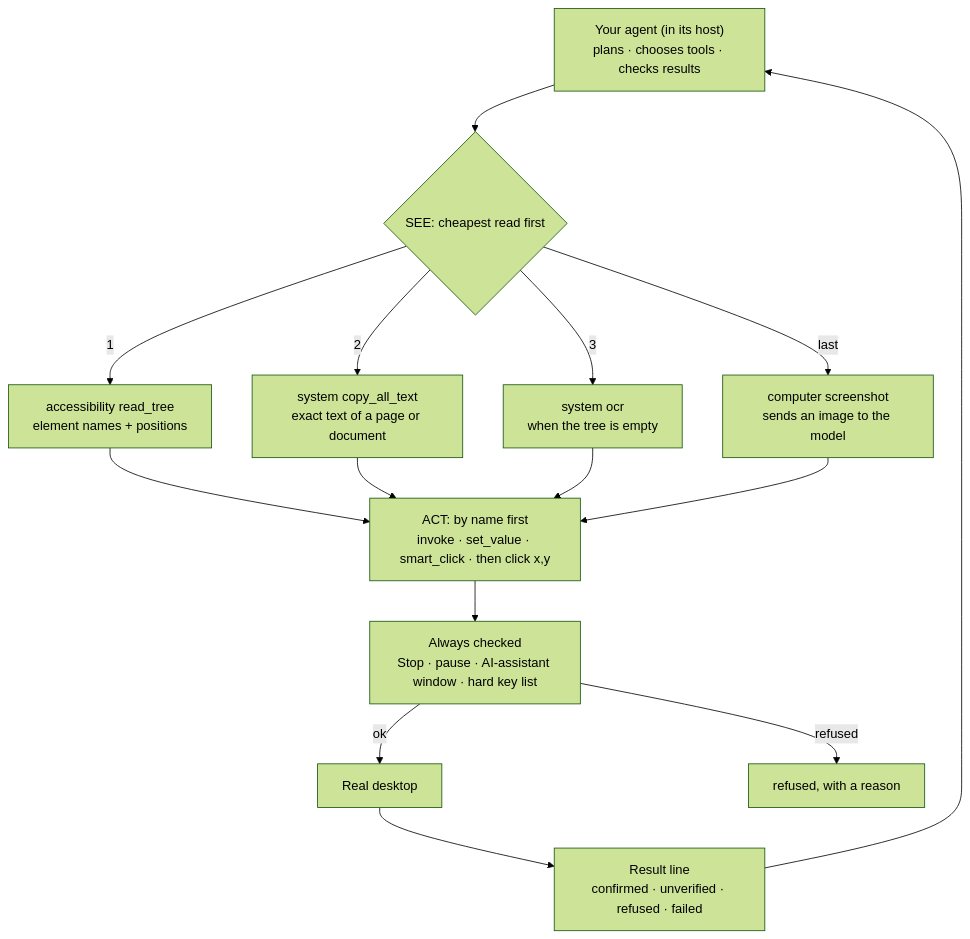
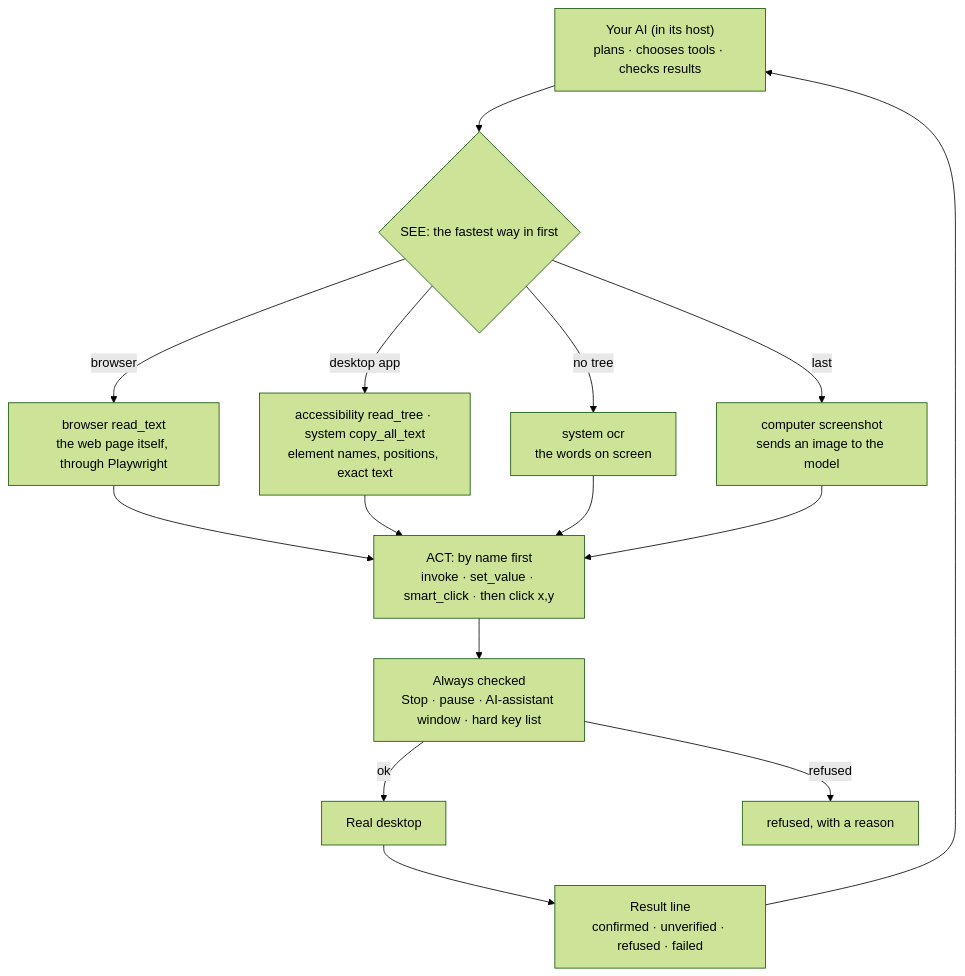
The diagram in README.md (AmrDab/clawdcursor), drawn with Mermaid (forest theme) before and after one commit. The commit also changed other lines of this file and 2 other files, not shown here.

````diff
--- a/README.md
+++ b/README.md
@@ -217,21 +69,21 @@
 ```mermaid
 flowchart TB
-    agent["Your agent (in its host)<br/>plans · chooses tools · checks results"] --> see{"SEE: cheapest read first"}
+    agent["Your AI (in its host)<br/>plans · chooses tools · checks results"] --> see{"SEE: the fastest way in first"}
 
-    see -- "1" --> tree["accessibility read_tree<br/>element names + positions"]
-    see -- "2" --> text["system copy_all_text<br/>exact text of a page or document"]
-    see -- "3" --> ocr["system ocr<br/>when the tree is empty"]
+    see -- "browser" --> page["browser read_text<br/>the web page itself, through Playwright"]
+    see -- "desktop app" --> tree["accessibility read_tree · system copy_all_text<br/>element names, positions, exact text"]
+    see -- "no tree" --> ocr["system ocr<br/>the words on screen"]
     see -- "last" --> shot["computer screenshot<br/>sends an image to the model"]
 
+    page --> act
     tree --> act
-    text --> act
     ocr --> act
     shot --> act
 
     act["ACT: by name first<br/>invoke · set_value · smart_click · then click x,y"] --> guards
     guards["Always checked<br/>Stop · pause · AI-assistant window · hard key list"] -- ok --> desktop["Real desktop"]
     guards -- refused --> refused["refused, with a reason"]
 
     desktop --> result["Result line<br/>confirmed · unverified · refused · failed"]
     result --> agent
 ```
````
